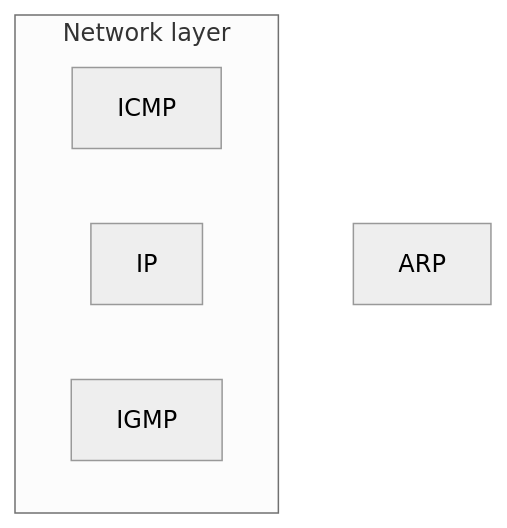
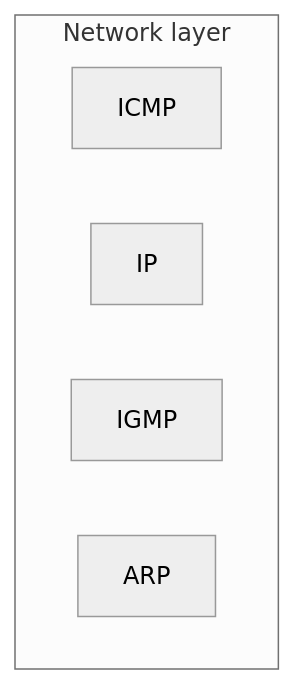
The first of 3 diagrams in Lecture-Notes/Ch09_ICMPv4/Concepts_Lecture.md (Choroning/25Spring_Computer-Networks), drawn with Mermaid (neutral theme) before and after one commit. The commit also changed other lines of this file and 7 other files, not shown here.

````diff
--- a/Lecture-Notes/Ch09_ICMPv4/Concepts_Lecture.md
+++ b/Lecture-Notes/Ch09_ICMPv4/Concepts_Lecture.md
@@ -65,9 +65,9 @@
 ```mermaid
 graph TD
     subgraph NET["Network layer"]
         ICMP["ICMP"]
         IP["IP"]
         IGMP["IGMP"]
+        ARP["ARP"]
     end
-    ARP["ARP"]
 ```
````
